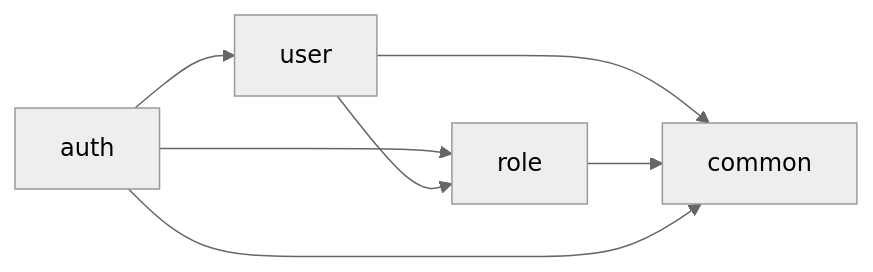
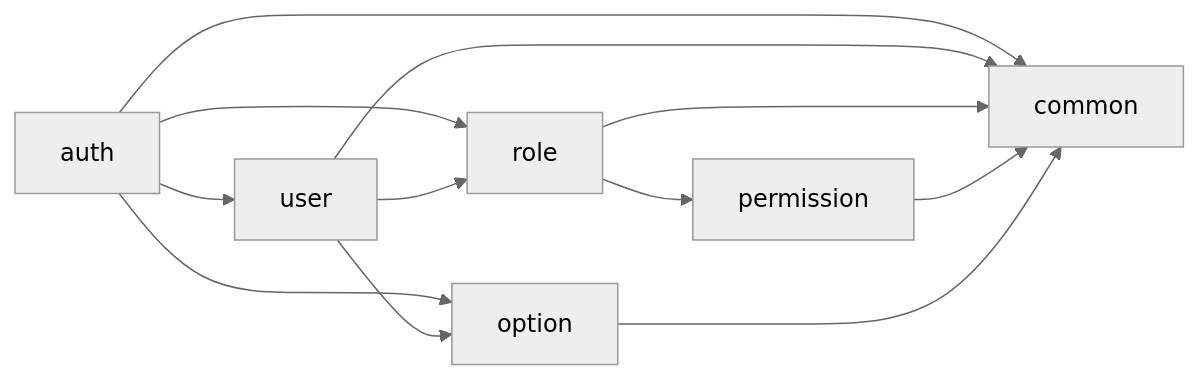
Before and after one commit to LLP2333/IDP: the diagram in backend/readme.md, drawn with Mermaid (neutral theme). The commit also changed other lines of this file and 113 other files, not shown here.

````diff
--- a/backend/readme.md
+++ b/backend/readme.md
@@ -48,9 +55,14 @@
 ```mermaid
 flowchart LR
   auth --> user
   auth --> role
+  auth --> option
+  auth --> common
   user --> role
+  user --> option
   user --> common
+  role --> permission
   role --> common
-  auth --> common
+  permission --> common
+  option --> common
 ```
````
